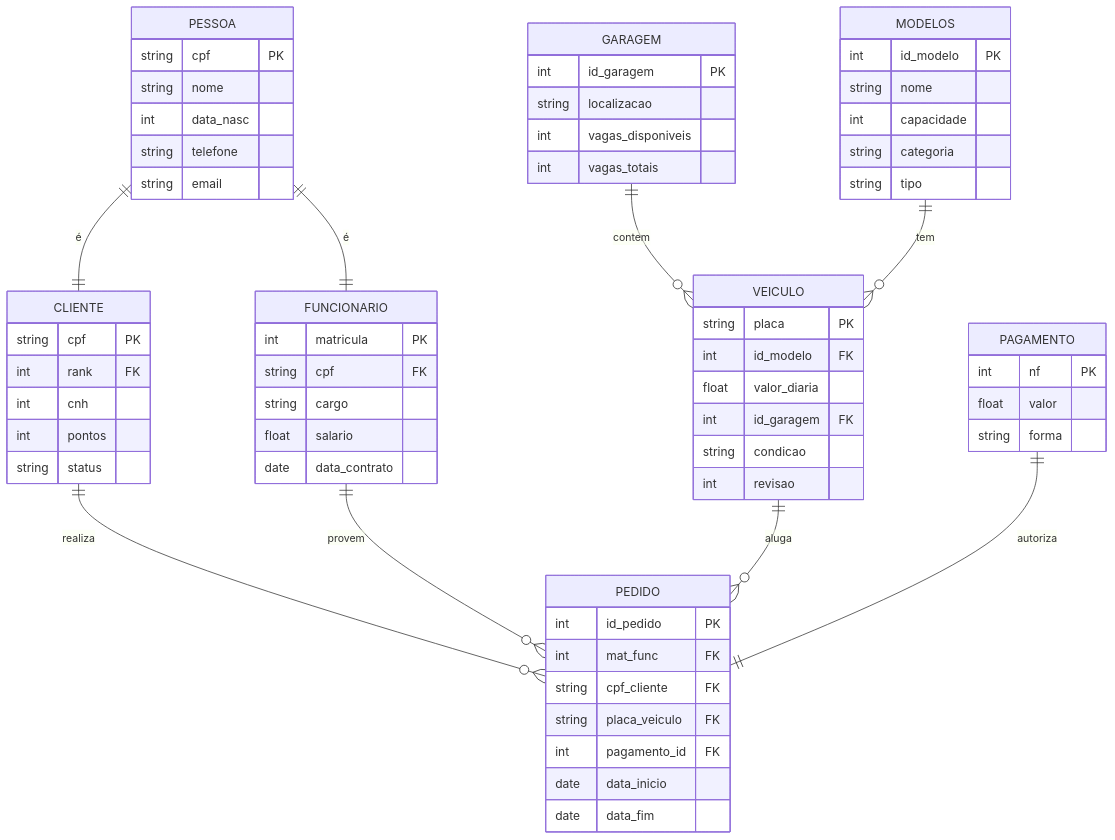
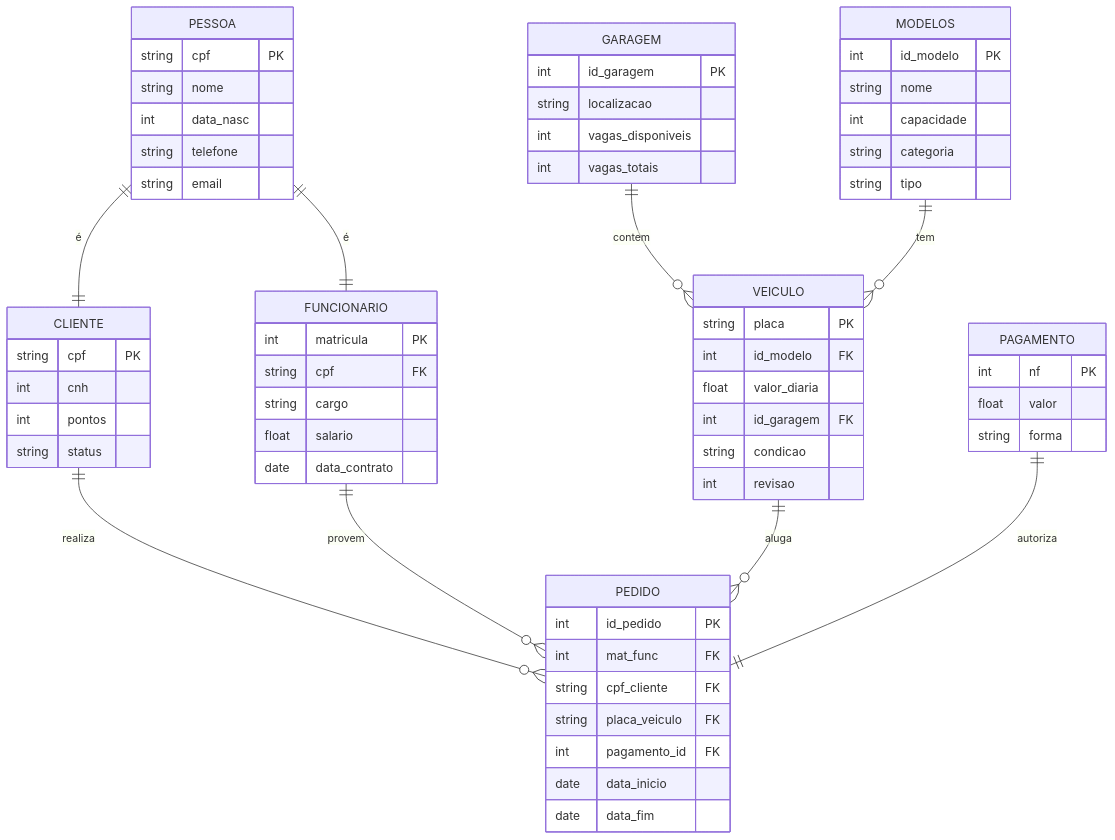
The diagram in README.md (pedro-tsa/alucar), drawn with Mermaid before and after one commit.

Commit message:
Remove 'rank' foreign key from CLIENTE structure
Removed foreign key 'rank' from CLIENTE structure.

````diff
--- a/README.md
+++ b/README.md
@@ -3,79 +3,78 @@
 ```mermaid
     erDiagram
 
 PESSOA {
     string cpf PK
     string nome
     int data_nasc
     string telefone
     string email
 }
 
 CLIENTE {
     string cpf PK
-    int rank FK
     int cnh
     int pontos
     string status
 }
 
 FUNCIONARIO {
     int matricula PK
     string cpf FK
     string cargo
     float salario
     date data_contrato
 }
 
 VEICULO {
     string placa PK
     int id_modelo FK
     float valor_diaria
     int id_garagem FK
     string condicao
     int revisao
 }
 
 MODELOS {
     int id_modelo PK
     string nome
     int capacidade
     string categoria
     string tipo
 }
 
 GARAGEM {
     int id_garagem PK
     string localizacao
     int vagas_disponiveis
     int vagas_totais
 }
 
 PAGAMENTO {
     int nf PK
     float valor
     string forma
 }
 
 PEDIDO {
     int id_pedido PK
     int mat_func FK
     string cpf_cliente FK
     string placa_veiculo FK
     int pagamento_id FK
     date data_inicio
     date data_fim
 }
 PESSOA ||--|| CLIENTE : "é"
 PESSOA ||--|| FUNCIONARIO : "é"
 
 GARAGEM ||--o{ VEICULO : contem
 MODELOS ||--o{ VEICULO : tem
 
 CLIENTE ||--o{ PEDIDO : realiza
 FUNCIONARIO ||--o{ PEDIDO : provem
 VEICULO ||--o{ PEDIDO : aluga
 
 PAGAMENTO ||--|| PEDIDO : autoriza
 
 ```
````
